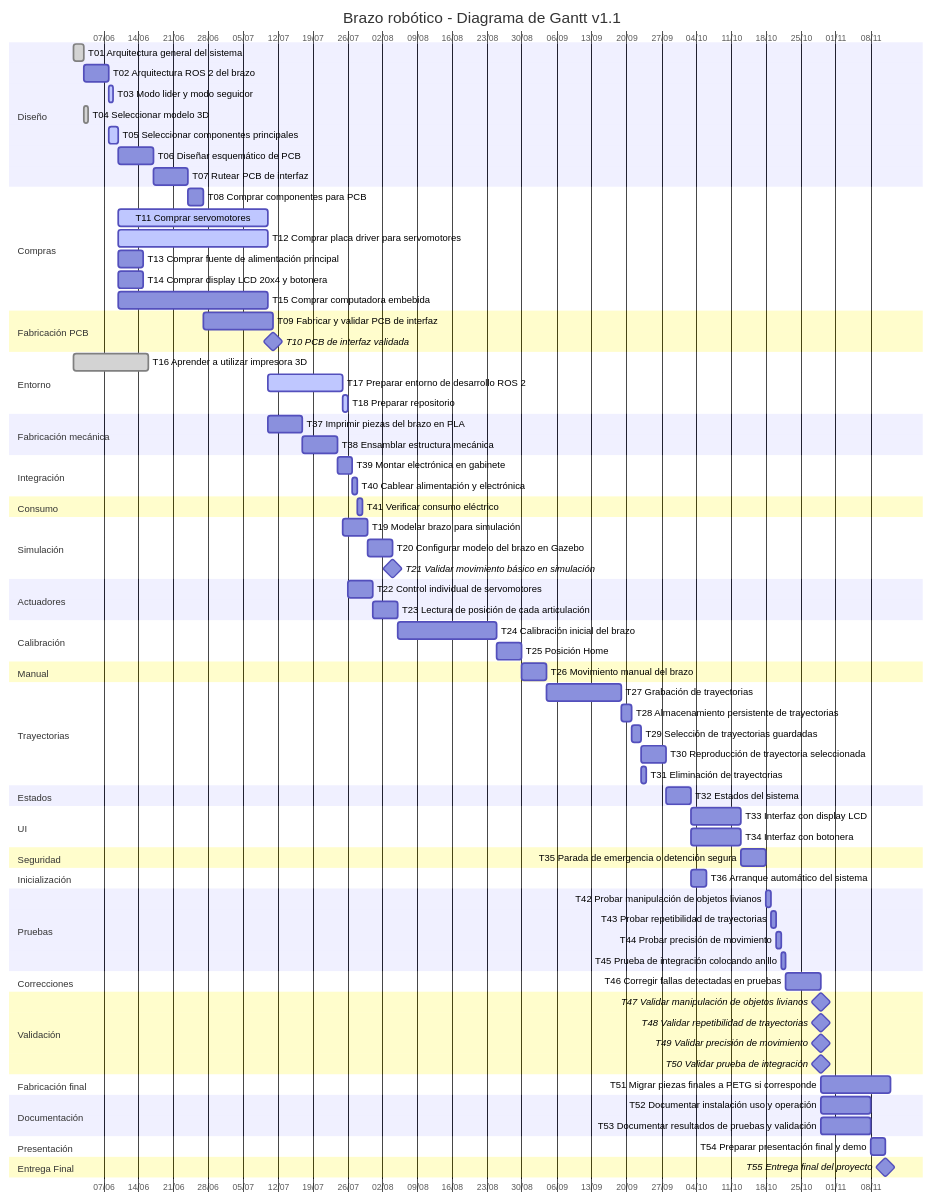
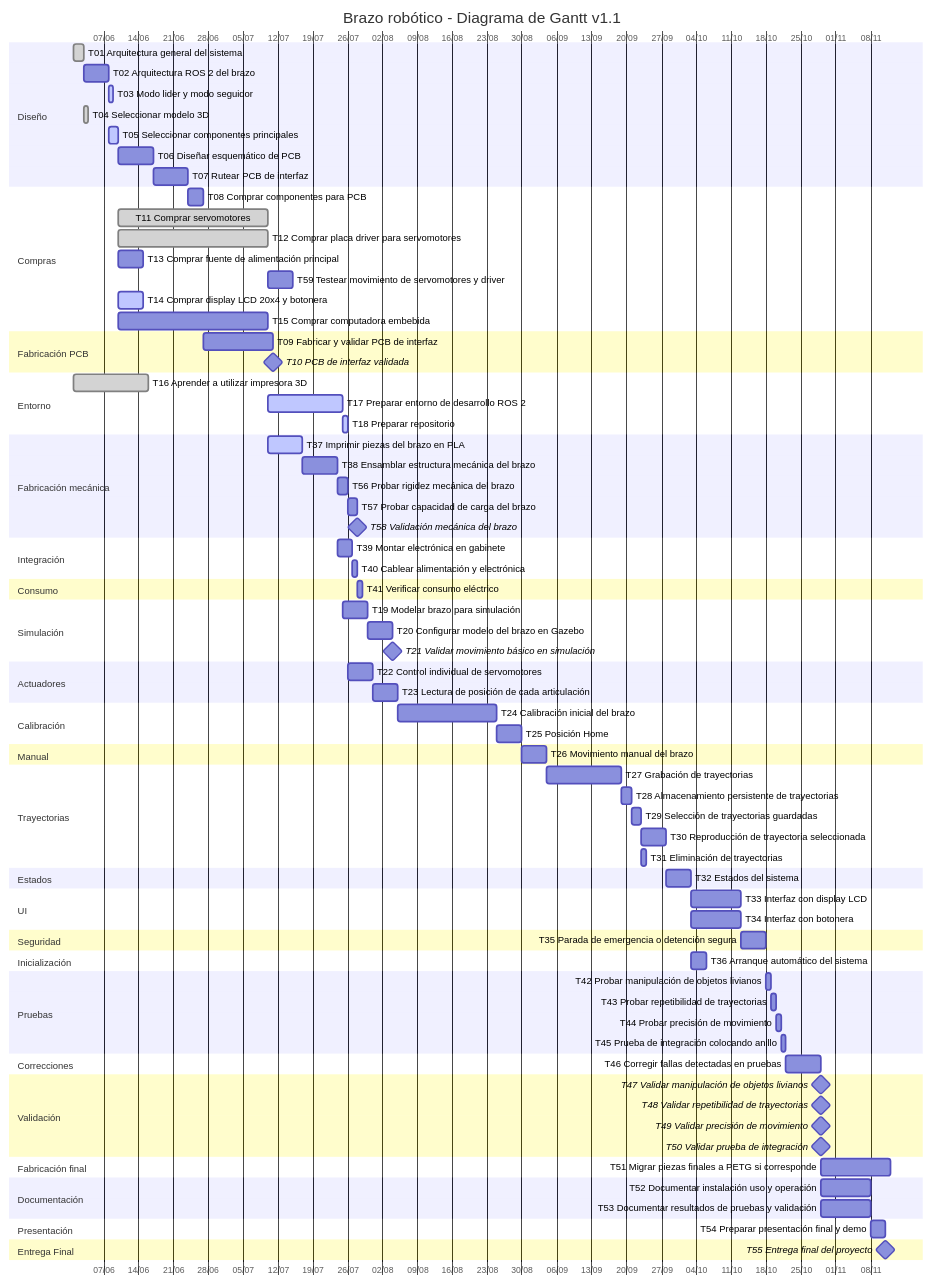
One commit to ealegremendoza/BrazoRobotico changed the diagram in doc/gantt/gantt.md. Above: the diagram before and after it, drawn with Mermaid.

```diff
--- a/doc/gantt/gantt.md
+++ b/doc/gantt/gantt.md
@@ -19,10 +19,11 @@
 
     section Compras
     T08 Comprar componentes para PCB                         :t08, after t06 t07, 3d
-    T11 Comprar servomotores                                 :active, t11, after t05, 30d
-    T12 Comprar placa driver para servomotores               :active, t12, after t05, 30d
+    T11 Comprar servomotores                                 :done, t11, after t05, 30d
+    T12 Comprar placa driver para servomotores               :done, t12, after t05, 30d
     T13 Comprar fuente de alimentación principal             :t13, after t05, 5d
-    T14 Comprar display LCD 20x4 y botonera                  :t14, after t05, 5d
+    T59 Testear movimiento de servomotores y driver          :t59, after t11 t12 t13, 5d
+    T14 Comprar display LCD 20x4 y botonera                  :active, t14, after t05, 5d
     T15 Comprar computadora embebida                         :t15, after t05, 30d
 
     section Fabricación PCB
@@ -35,8 +36,11 @@
     T18 Preparar repositorio                                 :active, t18, after t17, 1d
 
     section Fabricación mecánica
-    T37 Imprimir piezas del brazo en PLA                     :t37, after t04 t11 t16, 7d
-    T38 Ensamblar estructura mecánica                        :t38, after t11 t37, 7d
+    T37 Imprimir piezas del brazo en PLA                     :active, t37, after t04 t11 t16, 7d
+    T38 Ensamblar estructura mecánica del brazo              :t38, after t11 t37, 7d
+    T56 Probar rigidez mecánica del brazo                    :t56, after t38, 2d
+    T57 Probar capacidad de carga del brazo                  :t57, after t38 t56, 2d
+    T58 Validación mecánica del brazo                        :milestone, t58, after t56 t57, 0d
 
     section Integración
     T39 Montar electrónica en gabinete                       :t39, after t10 t11 t12 t13 t14 t15 t38, 3d
```
